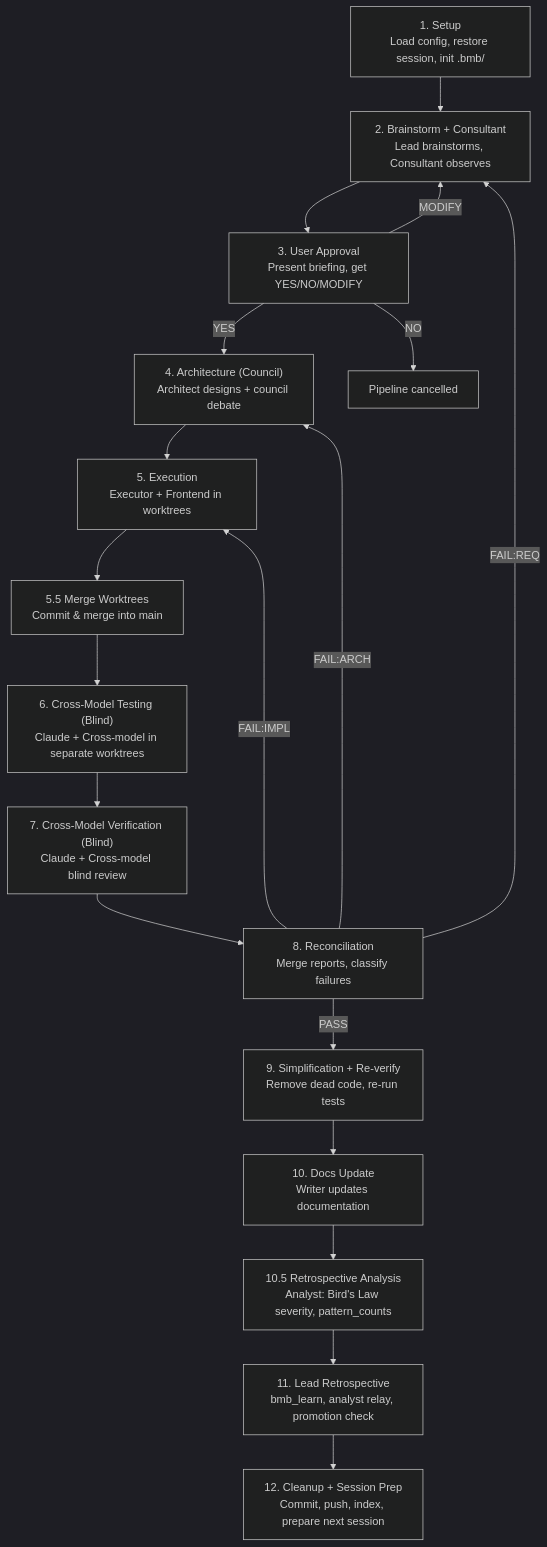
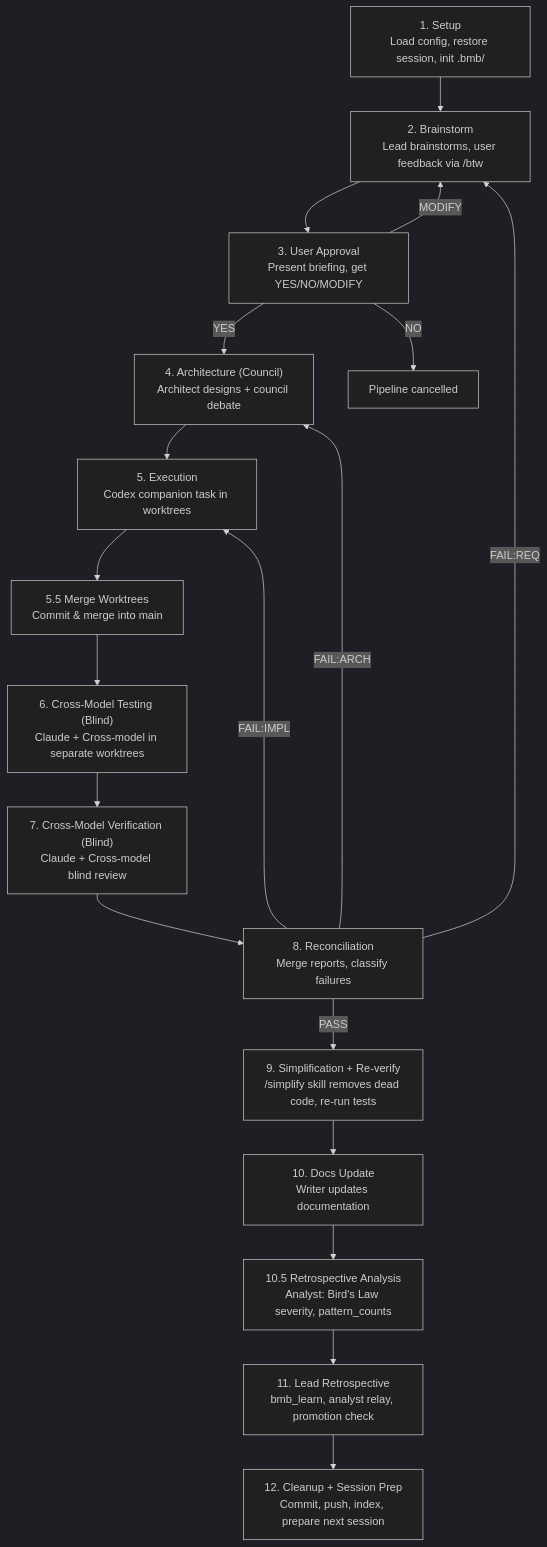
The second of 2 diagrams in docs/architecture.md (project820/be-my-butler), drawn with Mermaid (dark theme) before and after one commit. The commit also changed other lines of this file, not shown here.

First line of the commit message:
docs(v0.5): update architecture for companion-based pipeline

````diff
--- a/docs/architecture.md
+++ b/docs/architecture.md
@@ -115,27 +117,27 @@
 ```mermaid
 flowchart TD
     S1["1. Setup<br/>Load config, restore session, init .bmb/"]
-    S2["2. Brainstorm + Consultant<br/>Lead brainstorms, Consultant observes"]
+    S2["2. Brainstorm<br/>Lead brainstorms, user feedback via /btw"]
     S3["3. User Approval<br/>Present briefing, get YES/NO/MODIFY"]
     S4["4. Architecture (Council)<br/>Architect designs + council debate"]
-    S5["5. Execution<br/>Executor + Frontend in worktrees"]
+    S5["5. Execution<br/>Codex companion task in worktrees"]
     S55["5.5 Merge Worktrees<br/>Commit & merge into main"]
     S6["6. Cross-Model Testing (Blind)<br/>Claude + Cross-model in separate worktrees"]
     S7["7. Cross-Model Verification (Blind)<br/>Claude + Cross-model blind review"]
     S8["8. Reconciliation<br/>Merge reports, classify failures"]
-    S9["9. Simplification + Re-verify<br/>Remove dead code, re-run tests"]
+    S9["9. Simplification + Re-verify<br/>/simplify skill removes dead code, re-run tests"]
     S10["10. Docs Update<br/>Writer updates documentation"]
     S105["10.5 Retrospective Analysis<br/>Analyst: Bird's Law severity, pattern_counts"]
     S11["11. Lead Retrospective<br/>bmb_learn, analyst relay, promotion check"]
     S12["12. Cleanup + Session Prep<br/>Commit, push, index, prepare next session"]
 
     S1 --> S2 --> S3
     S3 -->|YES| S4
     S3 -->|NO| END["Pipeline cancelled"]
     S3 -->|MODIFY| S2
     S4 --> S5 --> S55 --> S6 --> S7 --> S8
     S8 -->|PASS| S9 --> S10 --> S105 --> S11 --> S12
     S8 -->|FAIL:IMPL| S5
     S8 -->|FAIL:ARCH| S4
     S8 -->|FAIL:REQ| S2
 ```
````
